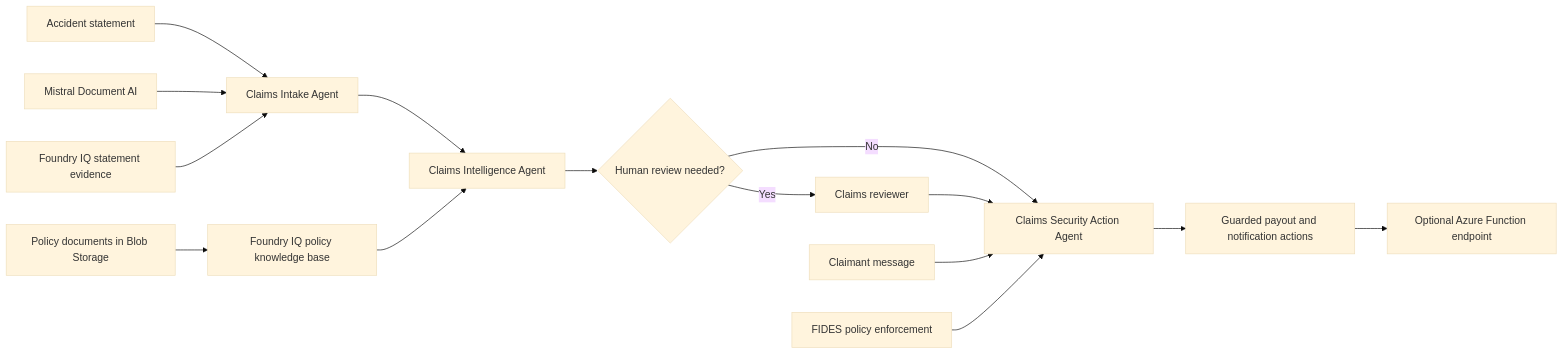
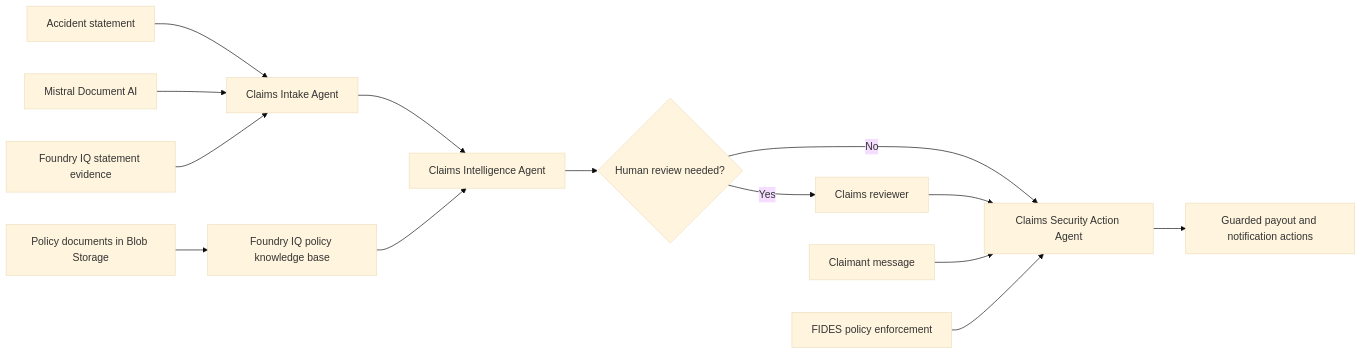
One commit to jamlab/claims-microhack changed the first of 2 diagrams in README.md. Above: the diagram before and after it, drawn with Mermaid (base theme). The commit also changed other lines of this file and 27 other files, not shown here.

````diff
--- a/README.md
+++ b/README.md
@@ -44,18 +42,17 @@
 ```mermaid
 flowchart LR
 		CLAIM[Accident statement] --> INTAKE[Claims Intake Agent]
 		INTAKE --> DECISION[Claims Intelligence Agent]
 		DECISION --> REVIEW{Human review needed?}
 		REVIEW -- Yes --> HUMAN[Claims reviewer]
 		REVIEW -- No --> SECURE[Claims Security Action Agent]
 		HUMAN --> SECURE
 		MESSAGE[Claimant message] --> SECURE
 		SECURE --> ACTIONS[Guarded payout and notification actions]
-		ACTIONS --> FUNCTION[Optional Azure Function endpoint]
 
 		OCR[Mistral Document AI] --> INTAKE
 		IQ[Foundry IQ statement evidence] --> INTAKE
 		POLICIES[Policy documents in Blob Storage] --> POLICYIQ[Foundry IQ policy knowledge base]
 		POLICYIQ --> DECISION
 		FIDES[FIDES policy enforcement] --> SECURE
 ```
````
